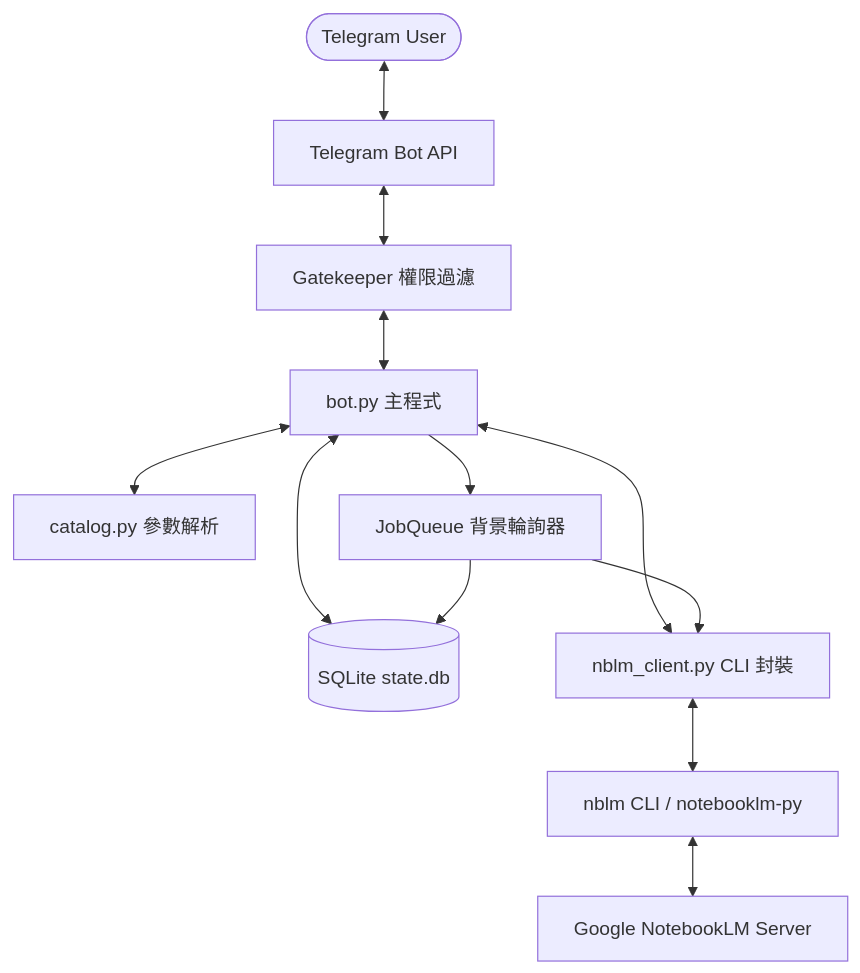
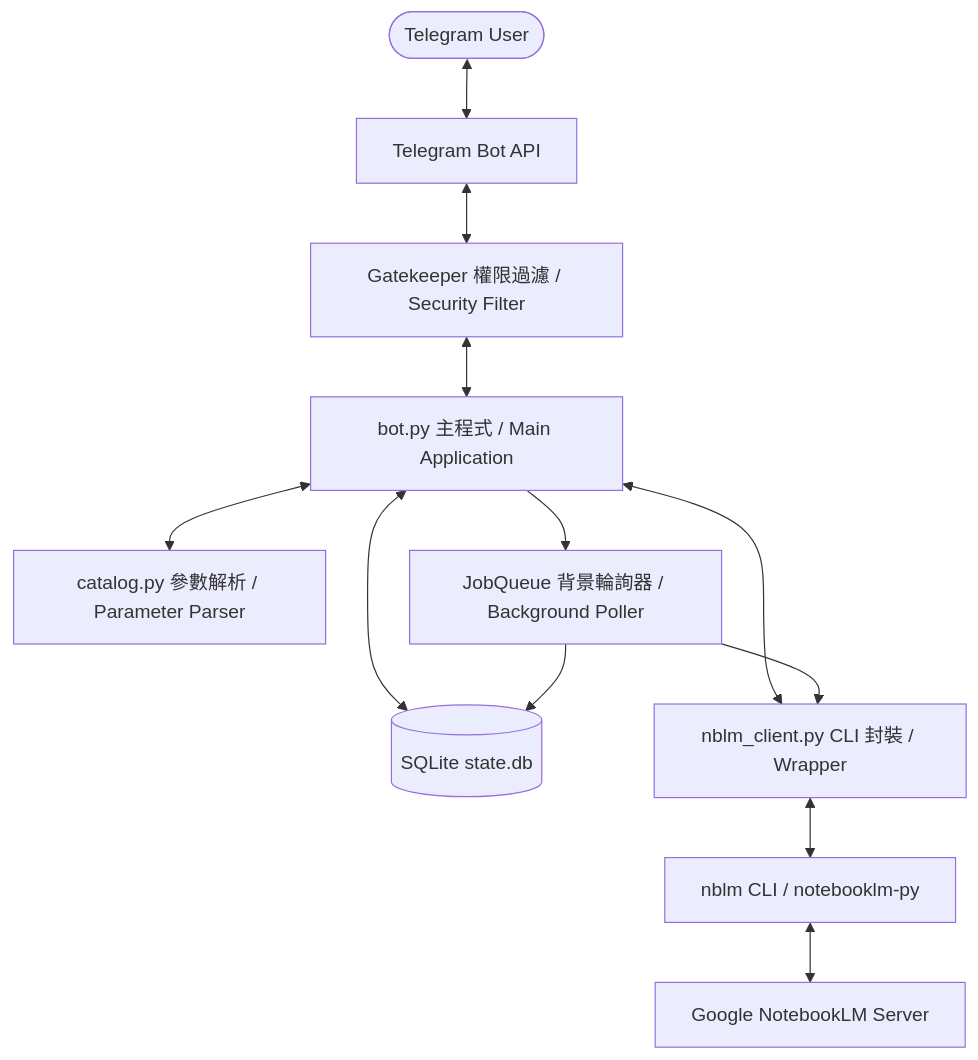
One commit to myyang19770915/TG_notebook changed the first of 4 diagrams in README.md. Above: the diagram before and after it, drawn with Mermaid. The commit also changed other lines of this file, not shown here.

````diff
--- a/README.md
+++ b/README.md
@@ -62,17 +73,17 @@
 ```mermaid
 flowchart TD
     User([Telegram User]) <--> TG[Telegram Bot API]
-    TG <--> Gatekeeper[Gatekeeper 權限過濾]
-    Gatekeeper <--> Bot[bot.py 主程式]
+    TG <--> Gatekeeper[Gatekeeper 權限過濾 / Security Filter]
+    Gatekeeper <--> Bot[bot.py 主程式 / Main Application]
     
     Bot <--> StateDB[(SQLite state.db)]
-    Bot <--> Catalog[catalog.py 參數解析]
-    Bot <--> Client[nblm_client.py CLI 封裝]
+    Bot <--> Catalog[catalog.py 參數解析 / Parameter Parser]
+    Bot <--> Client[nblm_client.py CLI 封裝 / Wrapper]
     
     Client <--> NBLM_CLI[nblm CLI / notebooklm-py]
     NBLM_CLI <--> Google[Google NotebookLM Server]
     
-    Bot --> JobQueue[JobQueue 背景輪詢器]
+    Bot --> JobQueue[JobQueue 背景輪詢器 / Background Poller]
     JobQueue --> StateDB
     JobQueue --> Client
 ```
````
